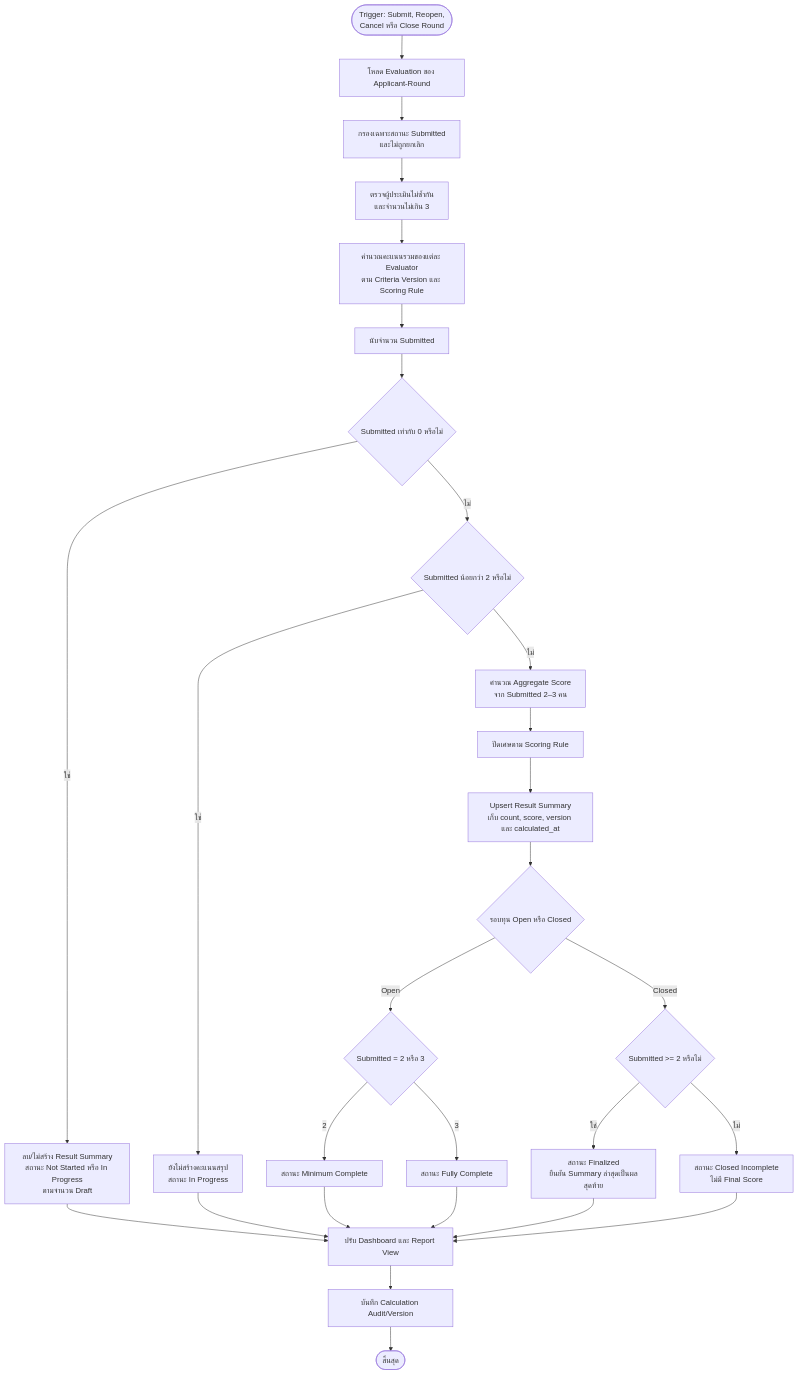
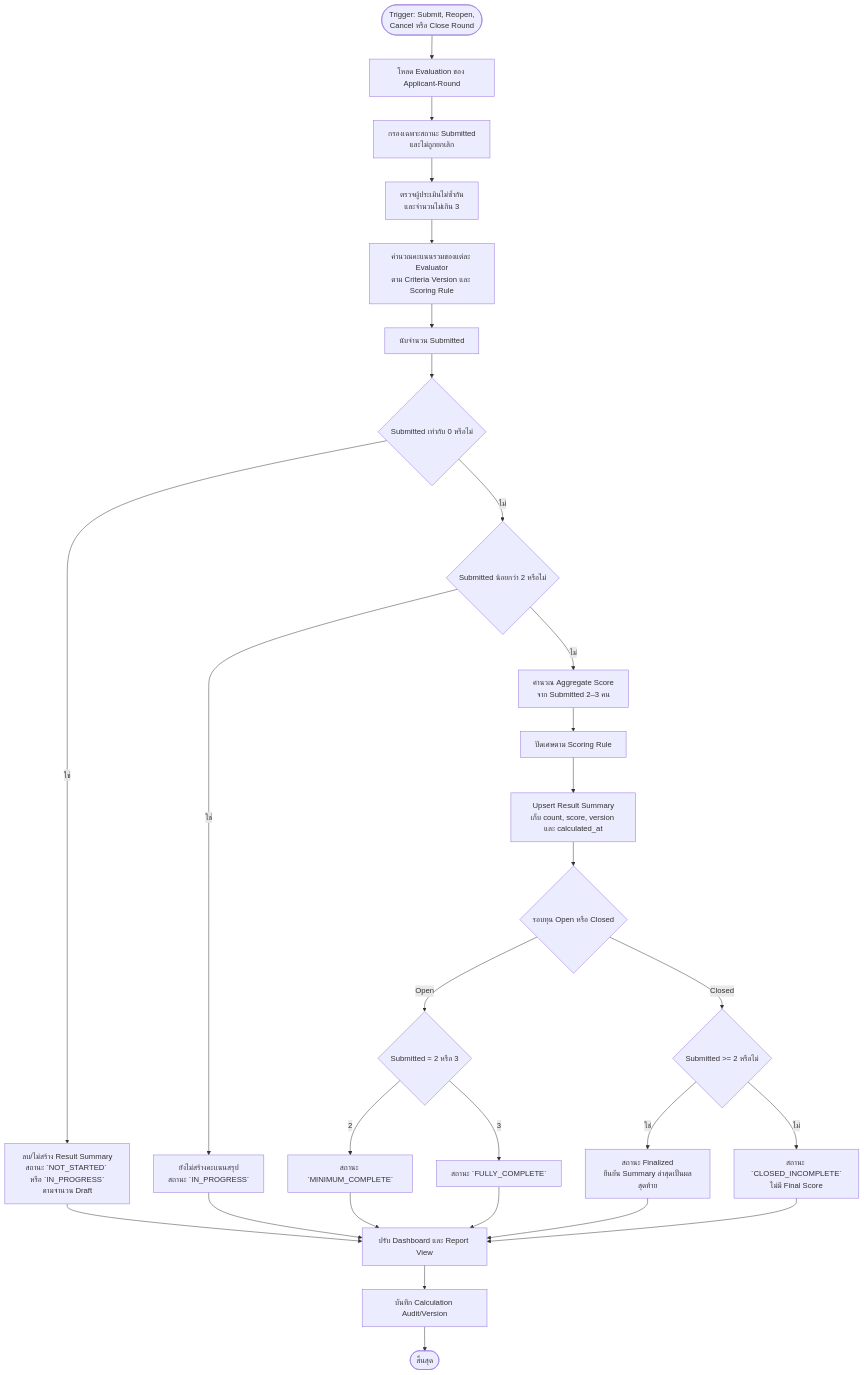
Before and after one commit to warattapobwaiarsa/SEMS_Docs: the eighth of 13 diagrams in Design/Architecture/SEMS_Process_Flows.md, drawn with Mermaid. The commit also changed other lines of this file and 41 other files, not shown here.

````diff
--- a/Design/Architecture/SEMS_Process_Flows.md
+++ b/Design/Architecture/SEMS_Process_Flows.md
@@ -361,30 +361,30 @@
 ```mermaid
 flowchart TD
     A([Trigger: Submit, Reopen,<br/>Cancel หรือ Close Round]) --> B["โหลด Evaluation ของ Applicant-Round"]
     B --> C["กรองเฉพาะสถานะ Submitted<br/>และไม่ถูกยกเลิก"]
     C --> D["ตรวจผู้ประเมินไม่ซ้ำกัน<br/>และจำนวนไม่เกิน 3"]
     D --> E["คำนวณคะแนนรวมของแต่ละ Evaluator<br/>ตาม Criteria Version และ Scoring Rule"]
     E --> F["นับจำนวน Submitted"]
     F --> G{"Submitted เท่ากับ 0 หรือไม่"}
-    G -- ใช่ --> H["ลบ/ไม่สร้าง Result Summary<br/>สถานะ Not Started หรือ In Progress<br/>ตามจำนวน Draft"]
+    G -- ใช่ --> H["ลบ/ไม่สร้าง Result Summary<br/>สถานะ `NOT_STARTED` หรือ `IN_PROGRESS`<br/>ตามจำนวน Draft"]
     G -- ไม่ --> I{"Submitted น้อยกว่า 2 หรือไม่"}
-    I -- ใช่ --> J["ยังไม่สร้างคะแนนสรุป<br/>สถานะ In Progress"]
+    I -- ใช่ --> J["ยังไม่สร้างคะแนนสรุป<br/>สถานะ `IN_PROGRESS`"]
     I -- ไม่ --> K["คำนวณ Aggregate Score<br/>จาก Submitted 2–3 คน"]
     K --> L["ปัดเศษตาม Scoring Rule"]
     L --> M["Upsert Result Summary<br/>เก็บ count, score, version และ calculated_at"]
     M --> N{"รอบทุน Open หรือ Closed"}
     N -- Open --> O{"Submitted = 2 หรือ 3"}
-    O -- 2 --> P["สถานะ Minimum Complete"]
-    O -- 3 --> Q["สถานะ Fully Complete"]
+    O -- 2 --> P["สถานะ `MINIMUM_COMPLETE`"]
+    O -- 3 --> Q["สถานะ `FULLY_COMPLETE`"]
     N -- Closed --> R{"Submitted >= 2 หรือไม่"}
     R -- ใช่ --> S["สถานะ Finalized<br/>ยืนยัน Summary ล่าสุดเป็นผลสุดท้าย"]
-    R -- ไม่ --> T["สถานะ Closed Incomplete<br/>ไม่มี Final Score"]
+    R -- ไม่ --> T["สถานะ `CLOSED_INCOMPLETE`<br/>ไม่มี Final Score"]
     H --> U["ปรับ Dashboard และ Report View"]
     J --> U
     P --> U
     Q --> U
     S --> U
     T --> U
     U --> V["บันทึก Calculation Audit/Version"]
     V --> W([สิ้นสุด])
 ```
````
